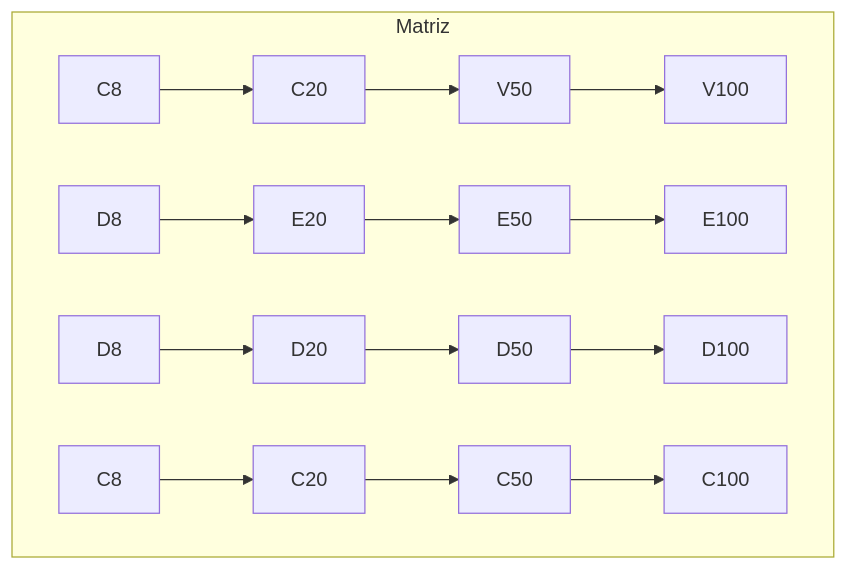
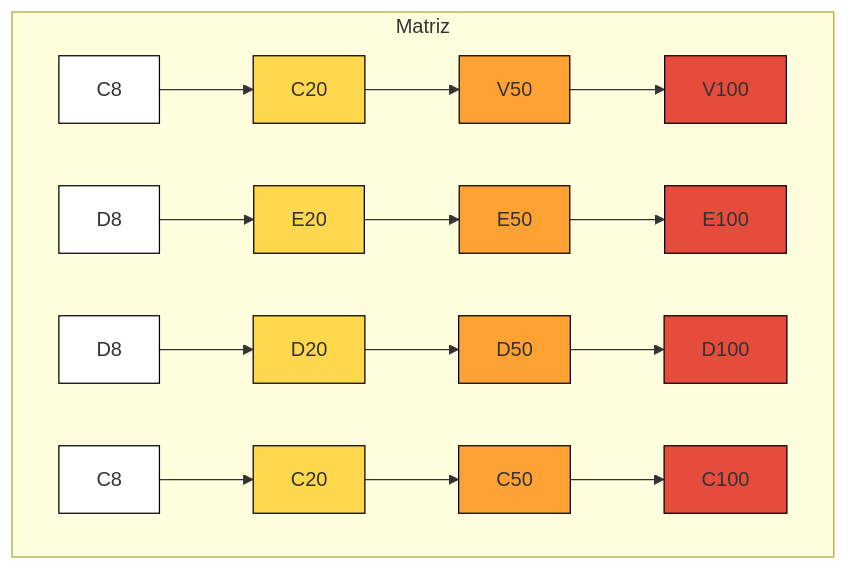
The fourth of 4 diagrams in README.md (ramtrigodev/grafico_gant), drawn with Mermaid before and after one commit.

````diff
--- a/README.md
+++ b/README.md
@@ -44,13 +44,16 @@
 ```mermaid
 graph TD
     subgraph Matriz
-        A1["C8"]:::white-->  A2["C20"]:::yellow --> A3["V50"]:::orange --> A4["V100"]:::red
-        B1["D8"]:::white --> B2["E20"]:::yellow --> B3["E50"]:::orange --> B4["E100"]:::red
-        C1["D8"]:::white --> C2["D20"]:::yellow --> C3["D50"]:::orange --> C4["D100"]:::red
-        D1["C8"]:::white-->  D2["C20"]:::yellow --> D3["C50"]:::orange --> D4["C100"]:::red
+        A1["C8"]:::branco-->  A2["C20"]:::yellow --> A3["V50"]:::orange --> A4["V100"]:::red
+        B1["D8"]:::branco --> B2["E20"]:::yellow --> B3["E50"]:::orange --> B4["E100"]:::red
+        C1["D8"]:::branco --> C2["D20"]:::yellow --> C3["D50"]:::orange --> C4["D100"]:::red
+        D1["C8"]:::branco-->  D2["C20"]:::yellow --> D3["C50"]:::orange --> D4["C100"]:::red
     end
 
- 
+ classDef branco fill:#fff,stroke:#000,stroke-width:1px;
+    classDef yellow fill:#FFD84D,stroke:#000,stroke-width:1px;
+    classDef orange fill:#FFA233,stroke:#000,stroke-width:1px;
+    classDef red fill:#E64C3C,stroke:#000,stroke-width:1px;
 
 
 ```
````
